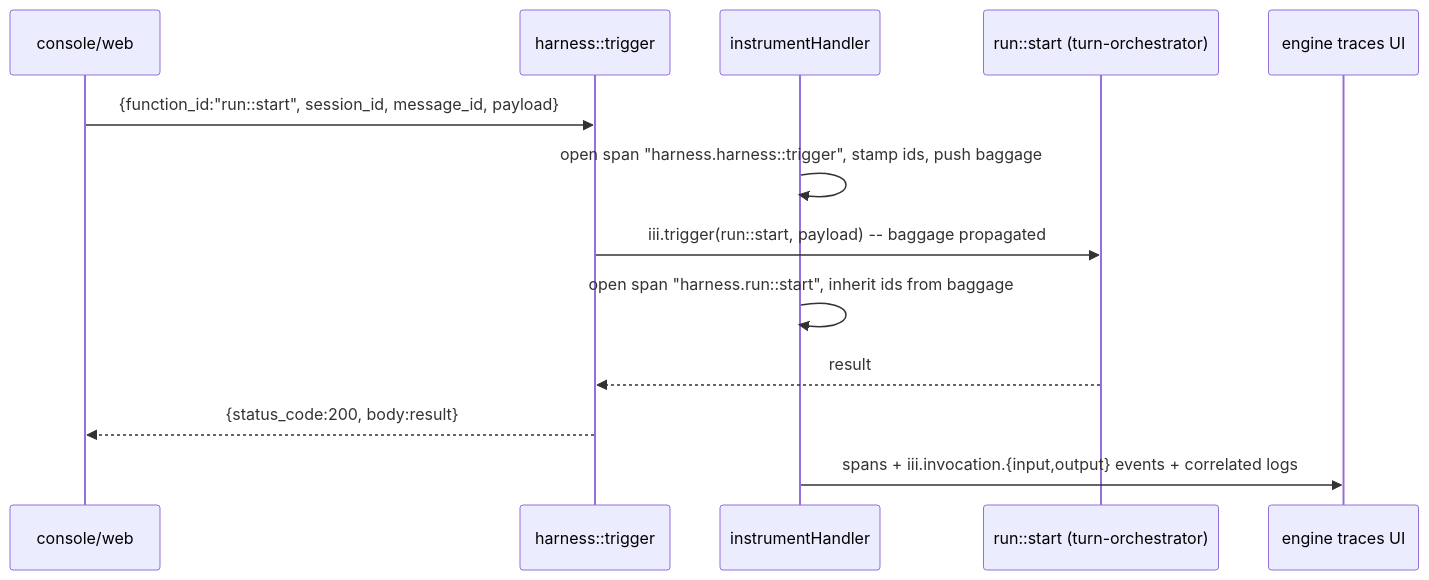
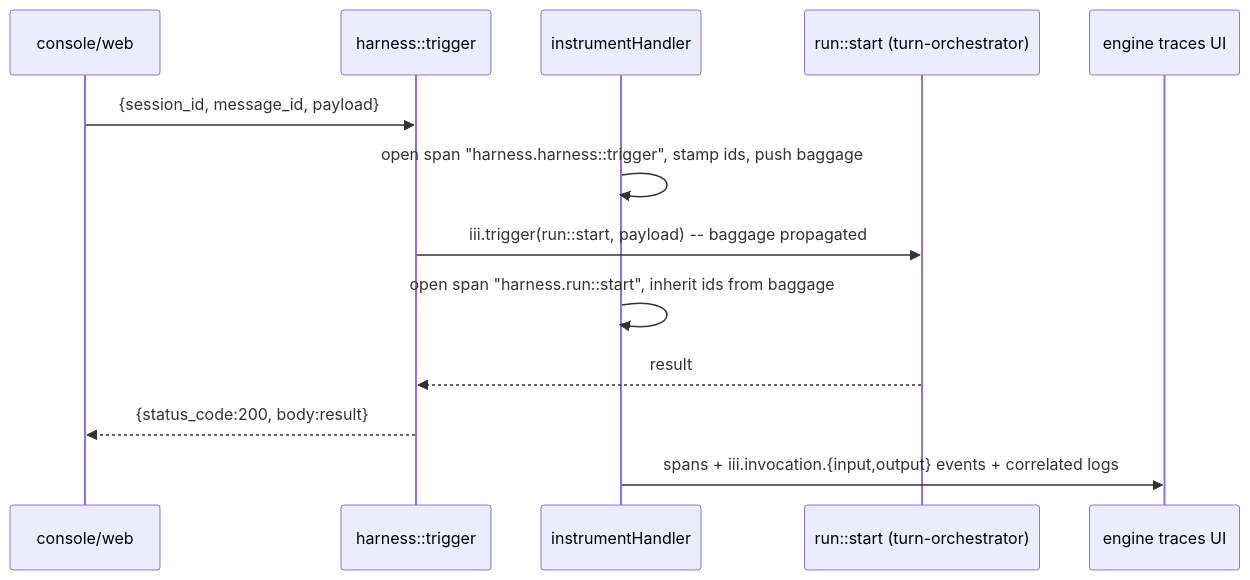
The fifth of 5 diagrams in harness/docs/architecture.md (iii-hq/workers), drawn with Mermaid before and after one commit. The commit also changed other lines of this file and 1 other file, not shown here.

First line of the commit message:
docs(harness): document harness::trigger flat run::start ingress

````diff
--- a/harness/docs/architecture.md
+++ b/harness/docs/architecture.md
@@ -292,16 +292,16 @@
 ```mermaid
 sequenceDiagram
   participant Web as console/web
   participant Bridge as harness::trigger
   participant Wrap as instrumentHandler
   participant Inner as run::start (turn-orchestrator)
   participant Trace as engine traces UI
 
-  Web->>Bridge: {function_id:"run::start", session_id, message_id, payload}
+  Web->>Bridge: {session_id, message_id, payload}
   Wrap->>Wrap: open span "harness.harness::trigger", stamp ids, push baggage
   Bridge->>Inner: iii.trigger(run::start, payload) -- baggage propagated
   Wrap->>Wrap: open span "harness.run::start", inherit ids from baggage
   Inner-->>Bridge: result
   Bridge-->>Web: {status_code:200, body:result}
   Wrap->>Trace: spans + iii.invocation.{input,output} events + correlated logs
 ```
````
